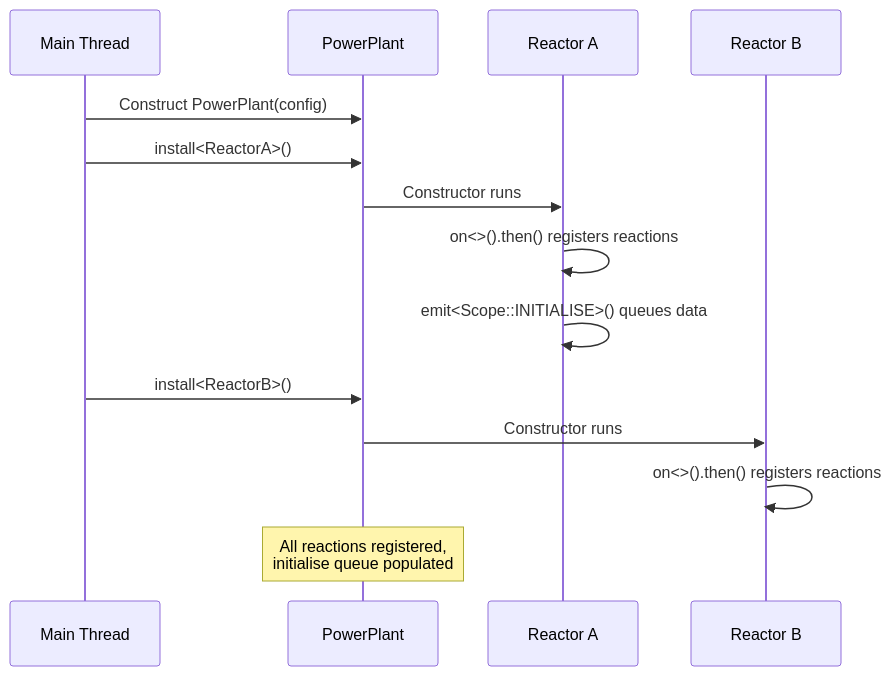
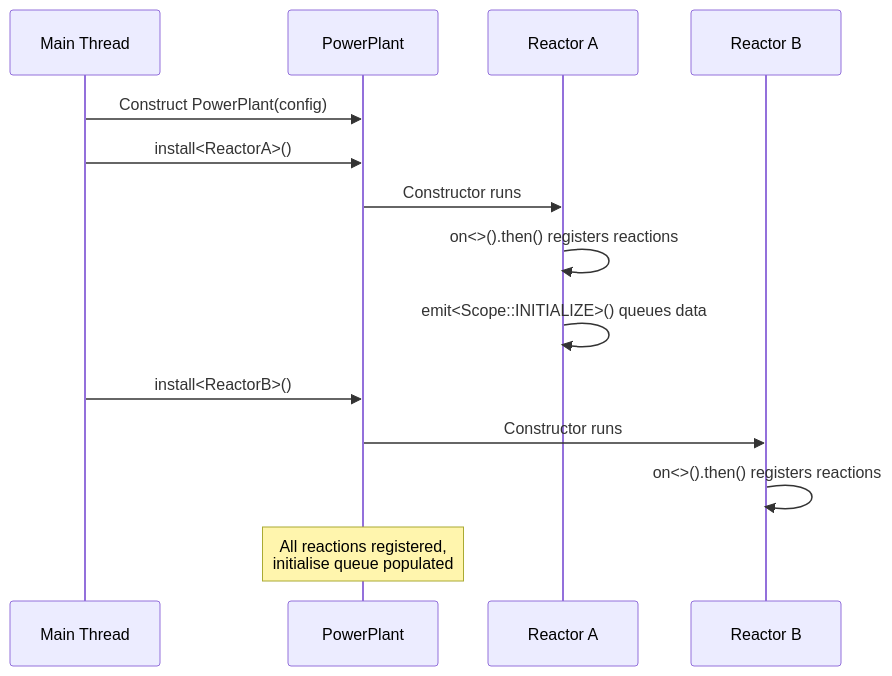
The second of 5 diagrams in docs2/explanation/lifecycle.md (Fastcode/NUClear), drawn with Mermaid before and after one commit. The commit also changed other lines of this file and 10 other files, not shown here.

````diff
--- a/docs2/explanation/lifecycle.md
+++ b/docs2/explanation/lifecycle.md
@@ -19,17 +19,17 @@
 ```mermaid
 sequenceDiagram
     participant Main as Main Thread
     participant PP as PowerPlant
     participant RA as Reactor A
     participant RB as Reactor B
 
     Main->>PP: Construct PowerPlant(config)
     Main->>PP: install<ReactorA>()
     PP->>RA: Constructor runs
     RA->>RA: on<>().then() registers reactions
-    RA->>RA: emit<Scope::INITIALISE>() queues data
+    RA->>RA: emit<Scope::INITIALIZE>() queues data
     Main->>PP: install<ReactorB>()
     PP->>RB: Constructor runs
     RB->>RB: on<>().then() registers reactions
     Note over PP: All reactions registered,<br/>initialise queue populated
 ```
````
